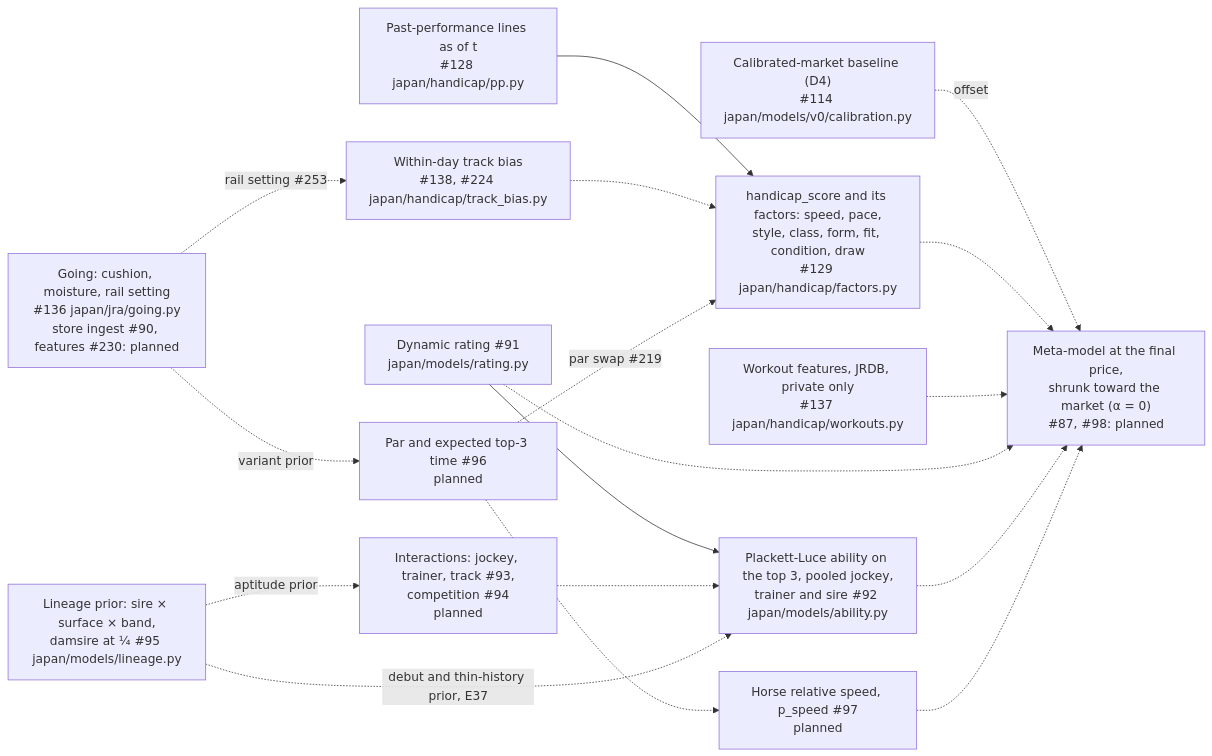
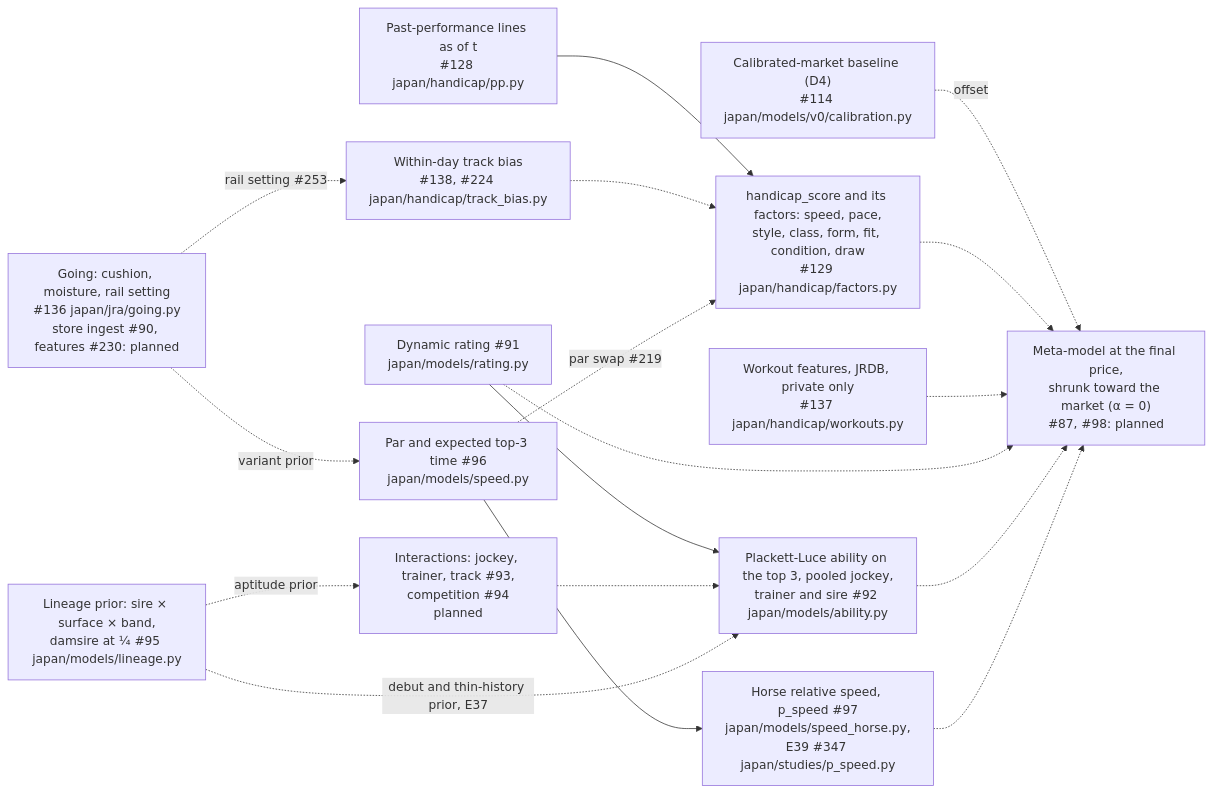
The third of 6 diagrams in docs/modeling.md (rjeskuri/HorseTrackBetting), drawn with Mermaid before and after one commit. The commit also changed other lines of this file and 5 other files, not shown here.

````diff
--- a/docs/modeling.md
+++ b/docs/modeling.md
@@ -142,32 +142,32 @@
 ```mermaid
 flowchart LR
     PP["Past-performance lines as of t<br/>#128 japan/handicap/pp.py"]
     HCP["handicap_score and its factors: speed, pace,<br/>style, class, form, fit, condition, draw<br/>#129 japan/handicap/factors.py"]
     WRK["Workout features, JRDB, private only<br/>#137 japan/handicap/workouts.py"]
     GOING["Going: cushion, moisture, rail setting<br/>#136 japan/jra/going.py<br/>store ingest #90, features #230: planned"]
     BIAS["Within-day track bias<br/>#138, #224 japan/handicap/track_bias.py"]
     RAT["Dynamic rating #91<br/>japan/models/rating.py"]
     INT["Interactions: jockey, trainer, track #93,<br/>competition #94<br/>planned"]
     LIN["Lineage prior: sire × surface × band,<br/>damsire at ¼ #95 japan/models/lineage.py"]
     PL["Plackett-Luce ability on the top 3, pooled jockey,<br/>trainer and sire #92 japan/models/ability.py"]
-    PAR["Par and expected top-3 time #96<br/>planned"]
-    PSPD["Horse relative speed, p_speed #97<br/>planned"]
+    PAR["Par and expected top-3 time #96<br/>japan/models/speed.py"]
+    PSPD["Horse relative speed, p_speed #97<br/>japan/models/speed_horse.py,<br/>E39 #347 japan/studies/p_speed.py"]
     MKT["Calibrated-market baseline (D4)<br/>#114 japan/models/v0/calibration.py"]
     META["Meta-model at the final price,<br/>shrunk toward the market (α = 0)<br/>#87, #98: planned"]
     PP --> HCP
     BIAS -.-> HCP
     PAR -.->|"par swap #219"| HCP
     GOING -.->|"rail setting #253"| BIAS
     GOING -.->|"variant prior"| PAR
-    PAR -.-> PSPD
+    PAR --> PSPD
     RAT --> PL
     INT -.-> PL
     LIN -.->|"debut and thin-history prior, E37"| PL
     LIN -.->|"aptitude prior"| INT
     MKT -.->|"offset"| META
     HCP -.-> META
     WRK -.-> META
     RAT -.-> META
     PL -.-> META
     PSPD -.-> META
 ```
````
